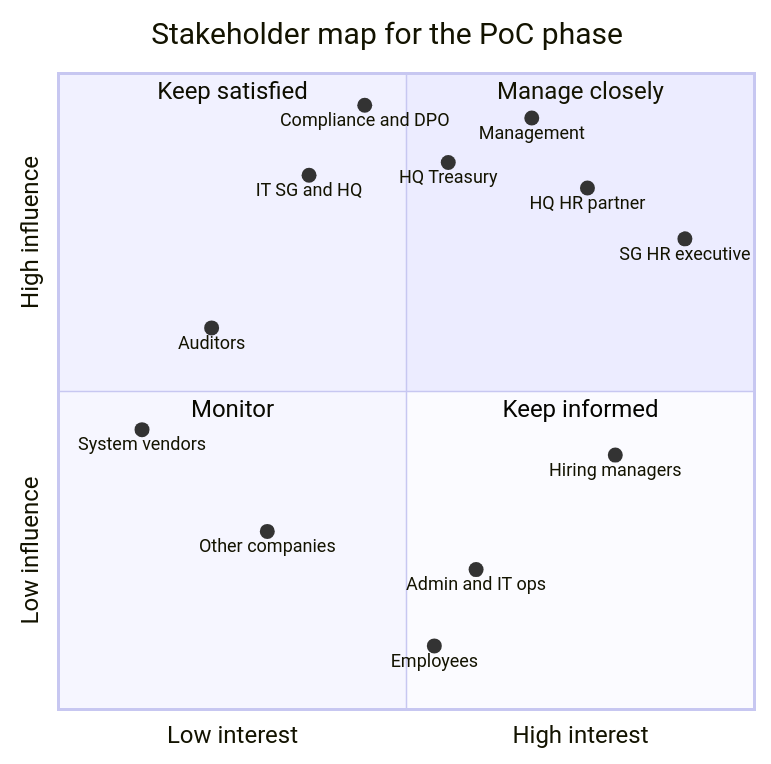
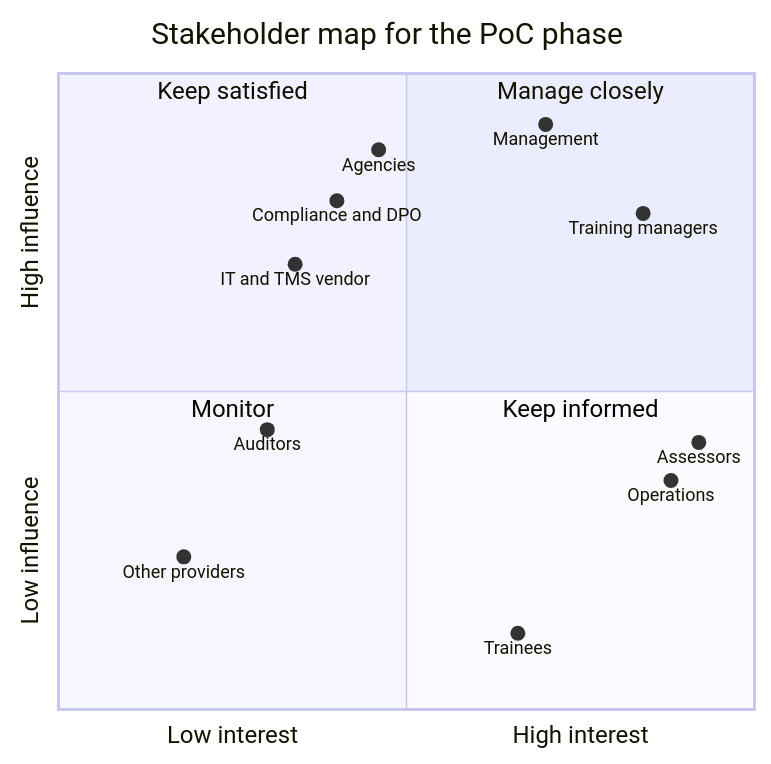
The diagram in docs/problem-statement.md (xiu2809xiu-rgb/sccci-innovation-project), drawn with Mermaid before and after one commit. The commit also changed other lines of this file and 12 other files, not shown here.

````diff
--- a/docs/problem-statement.md
+++ b/docs/problem-statement.md
@@ -71,22 +81,20 @@
 ```mermaid
 quadrantChart
     title Stakeholder map for the PoC phase
     x-axis Low interest --> High interest
     y-axis Low influence --> High influence
     quadrant-1 Manage closely
     quadrant-2 Keep satisfied
     quadrant-3 Monitor
     quadrant-4 Keep informed
-    SG HR executive: [0.90, 0.74]
-    HQ HR partner: [0.76, 0.82]
-    Management: [0.68, 0.93]
-    HQ Treasury: [0.56, 0.86]
-    Compliance and DPO: [0.44, 0.95]
-    IT SG and HQ: [0.36, 0.84]
-    Auditors: [0.22, 0.60]
-    Hiring managers: [0.80, 0.40]
-    Admin and IT ops: [0.60, 0.22]
-    Employees: [0.54, 0.10]
-    Other companies: [0.30, 0.28]
-    System vendors: [0.12, 0.44]
+    Training managers: [0.84, 0.78]
+    Management: [0.70, 0.92]
+    Agencies: [0.46, 0.88]
+    Compliance and DPO: [0.40, 0.80]
+    IT and TMS vendor: [0.34, 0.70]
+    Assessors: [0.92, 0.42]
+    Operations: [0.88, 0.36]
+    Trainees: [0.66, 0.12]
+    Auditors: [0.30, 0.44]
+    Other providers: [0.18, 0.24]
 ```
````
